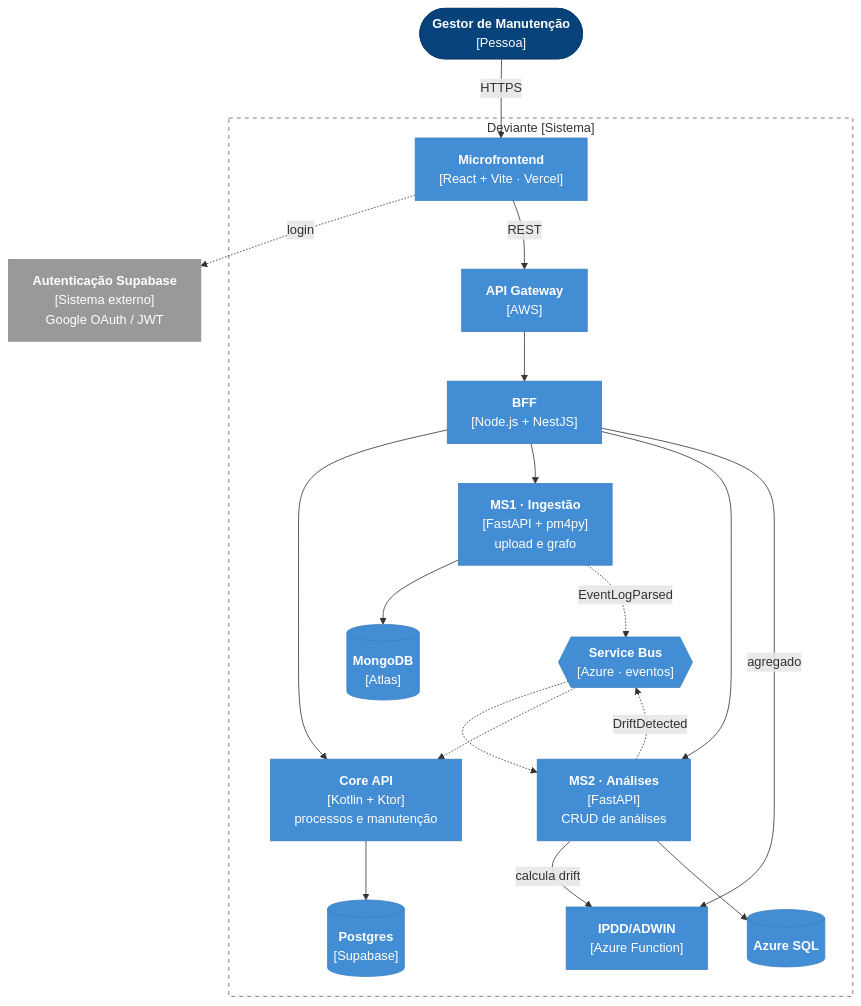
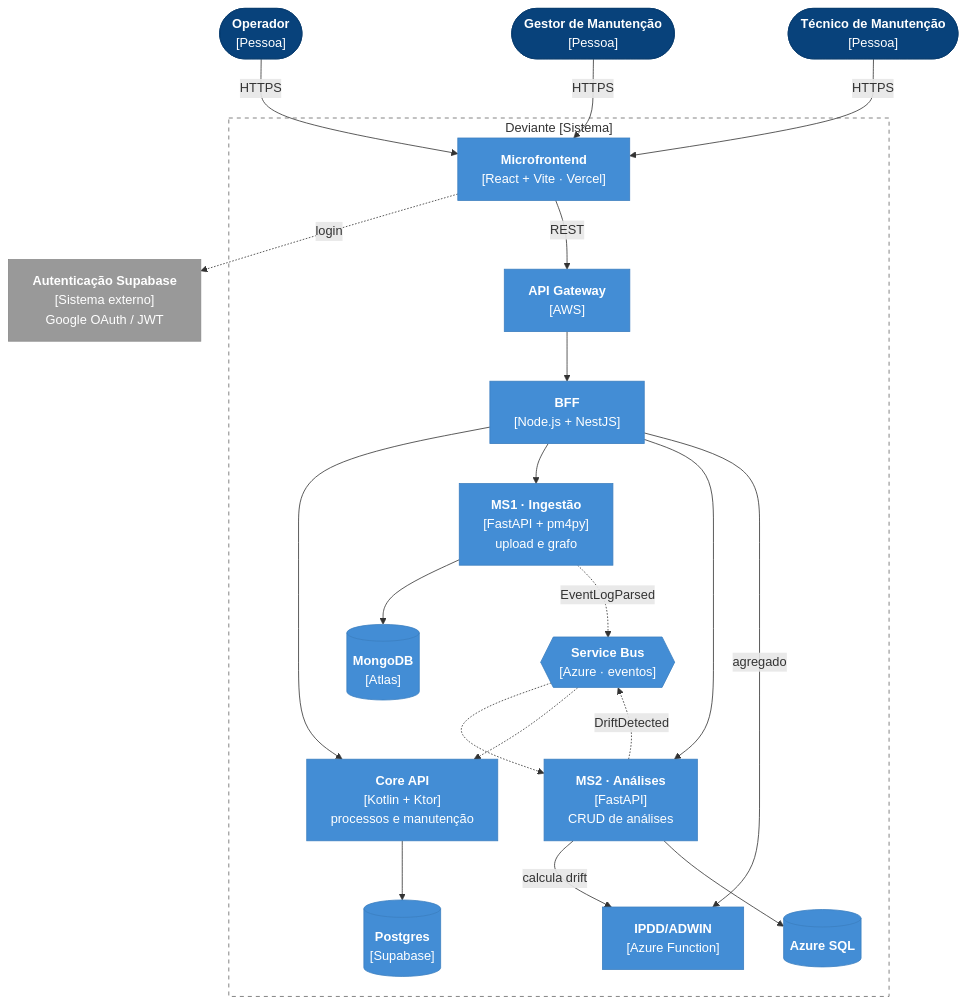
One commit to aland3r/deviante-docs changed the second of 11 diagrams in architecture/arc42.md. Above: the diagram before and after it, drawn with Mermaid. The commit also changed other lines of this file and 2 other files, not shown here.

First line of the commit message:
Atores: Operador, Gestor e Técnico de manutenção no C4 (níveis 1 e 2), contexto e stakeholders

````diff
--- a/architecture/arc42.md
+++ b/architecture/arc42.md
@@ -207,41 +218,43 @@
 ```mermaid
 flowchart TB
+    operador(["<b>Operador</b><br/>[Pessoa]"])
     gestor(["<b>Gestor de Manutenção</b><br/>[Pessoa]"])
+    tecnico(["<b>Técnico de Manutenção</b><br/>[Pessoa]"])
     auth["<b>Autenticação Supabase</b><br/>[Sistema externo]<br/>Google OAuth / JWT"]
 
     subgraph dv["Deviante [Sistema]"]
         web["<b>Microfrontend</b><br/>[React + Vite · Vercel]"]
         gw["<b>API Gateway</b><br/>[AWS]"]
         bff["<b>BFF</b><br/>[Node.js + NestJS]"]
         core["<b>Core API</b><br/>[Kotlin + Ktor]<br/>processos e manutenção"]
         ms1["<b>MS1 · Ingestão</b><br/>[FastAPI + pm4py]<br/>upload e grafo"]
         ms2["<b>MS2 · Análises</b><br/>[FastAPI]<br/>CRUD de análises"]
         fn["<b>IPDD/ADWIN</b><br/>[Azure Function]"]
         bus{{"<b>Service Bus</b><br/>[Azure · eventos]"}}
         dbCore[("<b>Postgres</b><br/>[Supabase]")]
         dbMs1[("<b>MongoDB</b><br/>[Atlas]")]
         dbMs2[("<b>Azure SQL</b>")]
     end
 
-    gestor -->|HTTPS| web
+    operador & gestor & tecnico -->|HTTPS| web
     web -.->|login| auth
     web -->|REST| gw --> bff
     bff --> core & ms1 & ms2
     bff -->|agregado| fn
     ms2 -->|calcula drift| fn
     core --> dbCore
     ms1 --> dbMs1
     ms2 --> dbMs2
     ms1 -.->|EventLogParsed| bus
     bus -.-> ms2
     ms2 -.->|DriftDetected| bus
     bus -.-> core
 
     classDef person fill:#08427B,stroke:#073B6F,color:#fff
     classDef container fill:#438DD5,stroke:#3C7FC0,color:#fff
     classDef external fill:#999999,stroke:#8A8A8A,color:#fff
-    class gestor person
+    class operador,gestor,tecnico person
     class web,gw,bff,core,ms1,ms2,fn,bus,dbCore,dbMs1,dbMs2 container
     class auth external
     style dv fill:none,stroke:#666,stroke-dasharray:5 5
 ```
````
